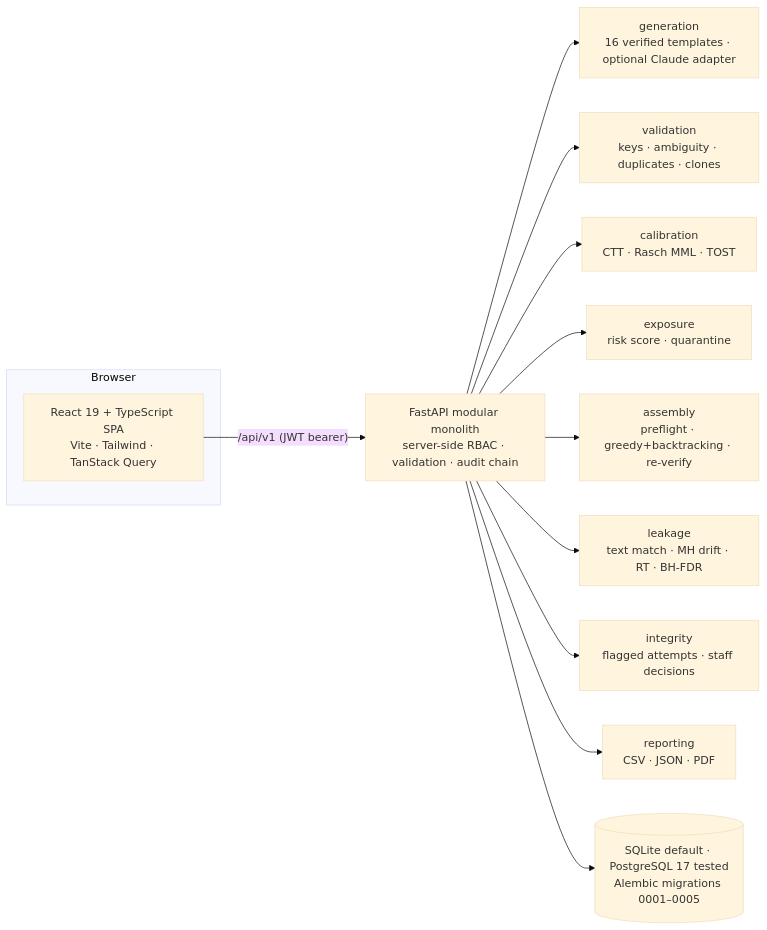
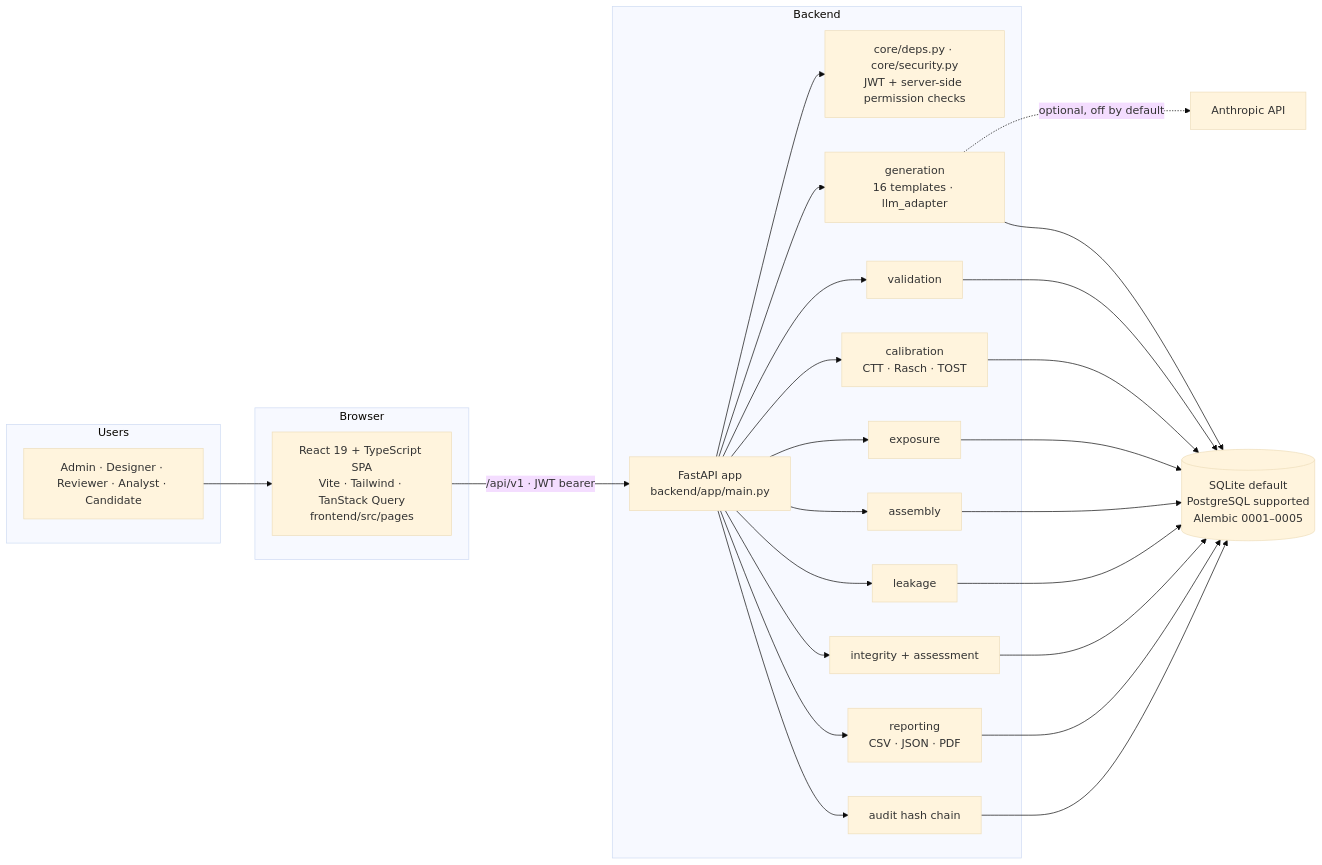
Before and after one commit to shauryasinghal/deviathon-aptiguard-ai: the first of 2 diagrams in README.md, drawn with Mermaid (base theme). The commit also changed other lines of this file, not shown here.

````diff
--- a/README.md
+++ b/README.md
@@ -13,16 +125,25 @@
 ```mermaid
 flowchart LR
+  subgraph Users
+    ROLES["Admin · Designer · Reviewer · Analyst · Candidate"]
+  end
   subgraph Browser
-    UI[React 19 + TypeScript SPA<br/>Vite · Tailwind · TanStack Query]
+    UI["React 19 + TypeScript SPA<br/>Vite · Tailwind · TanStack Query<br/>frontend/src/pages"]
   end
-  UI -- "/api/v1 (JWT bearer)" --> API[FastAPI modular monolith<br/>server-side RBAC · validation · audit chain]
-  API --> GEN[generation<br/>16 verified templates · optional Claude adapter]
-  API --> VAL[validation<br/>keys · ambiguity · duplicates · clones]
-  API --> CAL[calibration<br/>CTT · Rasch MML · TOST]
-  API --> EXP[exposure<br/>risk score · quarantine]
-  API --> ASM[assembly<br/>preflight · greedy+backtracking · re-verify]
-  API --> LEAK[leakage<br/>text match · MH drift · RT · BH-FDR]
-  API --> INT[integrity<br/>flagged attempts · staff decisions]
-  API --> REP[reporting<br/>CSV · JSON · PDF]
-  API --> DB[(SQLite default · PostgreSQL 17 tested<br/>Alembic migrations 0001–0005)]
+  ROLES --> UI
+  UI -- "/api/v1 · JWT bearer" --> API["FastAPI app<br/>backend/app/main.py"]
+  subgraph Backend
+    API --> AUTH["core/deps.py · core/security.py<br/>JWT + server-side permission checks"]
+    API --> GEN["generation<br/>16 templates · llm_adapter"]
+    API --> VAL["validation"]
+    API --> CAL["calibration<br/>CTT · Rasch · TOST"]
+    API --> EXP["exposure"]
+    API --> ASM["assembly"]
+    API --> LEAK["leakage"]
+    API --> INT["integrity + assessment"]
+    API --> REP["reporting<br/>CSV · JSON · PDF"]
+    API --> AUD["audit hash chain"]
+  end
+  GEN -. "optional, off by default" .-> LLM["Anthropic API"]
+  GEN & VAL & CAL & EXP & ASM & LEAK & INT & REP & AUD --> DB[("SQLite default<br/>PostgreSQL supported<br/>Alembic 0001–0005")]
 ```
````
